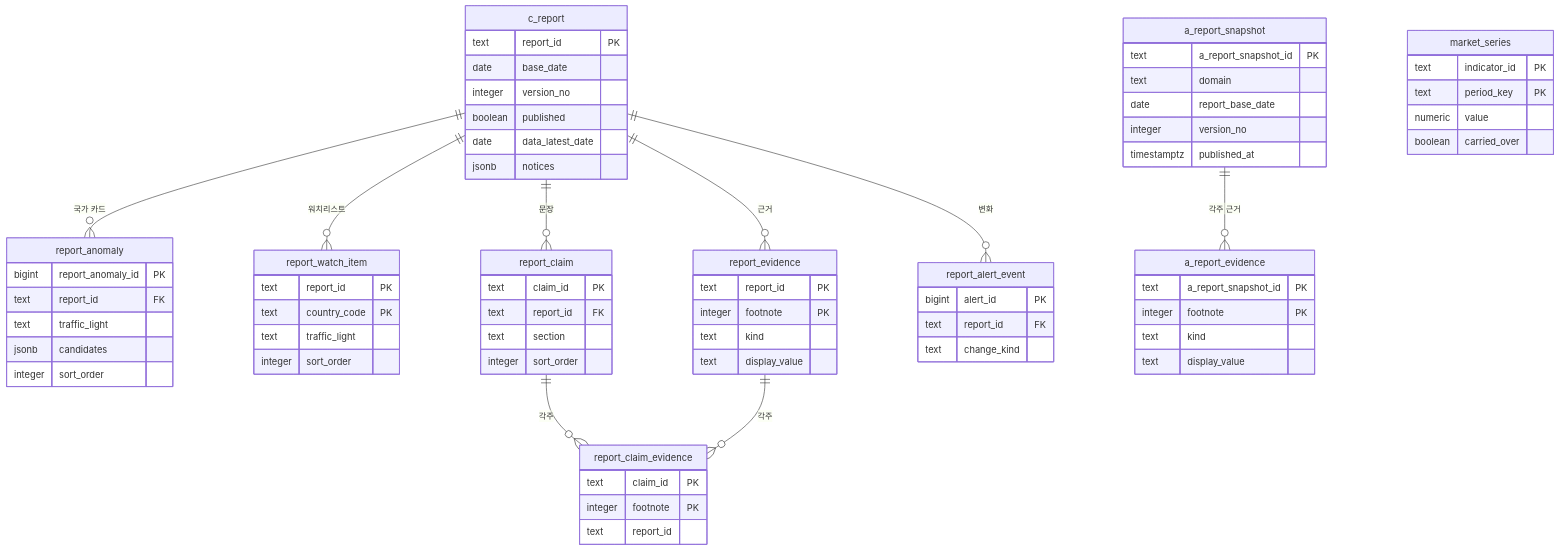
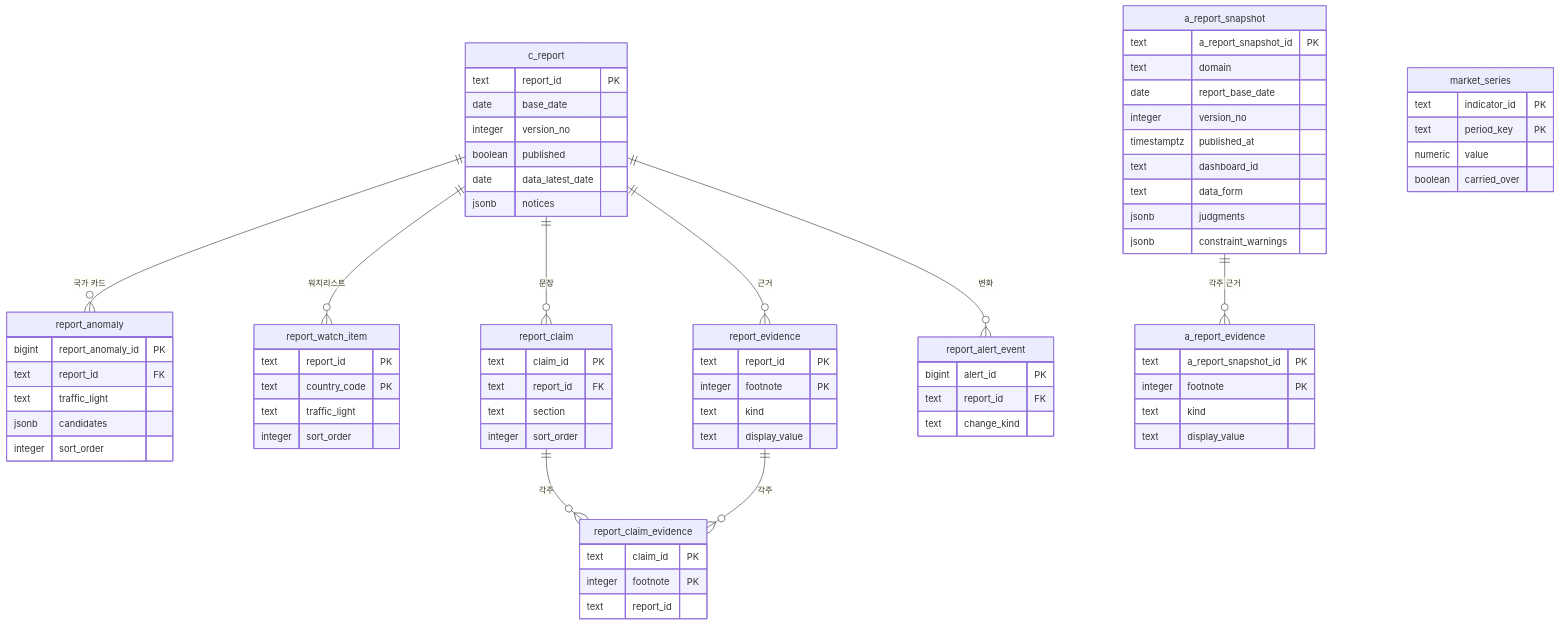
Before and after one commit to HoyoungParkme/tableau_platform: the sixth of 7 diagrams in docs/specs/06-DOM/TBL-DOM-003.md, drawn with Mermaid. The commit also changed other lines of this file, not shown here.

Commit message:
재검증 잔여 1·18·19 반영. a_report_snapshot에 dashboard_id·data_form·judgments·constraint_warnings 추가(DD 표와 pub ERD), c_report의 lastSuccessDate를 batchFailed 전용으로 정정, domain_status의 trafficLight를 level/label 값 이름으로 명시.

````diff
--- a/docs/specs/06-DOM/TBL-DOM-003.md
+++ b/docs/specs/06-DOM/TBL-DOM-003.md
@@ -349,73 +349,77 @@
 ```mermaid
 erDiagram
   c_report {
     text report_id PK
     date base_date
     integer version_no
     boolean published
     date data_latest_date
     jsonb notices
   }
   report_anomaly {
     bigint report_anomaly_id PK
     text report_id FK
     text traffic_light
     jsonb candidates
     integer sort_order
   }
   report_watch_item {
     text report_id PK
     text country_code PK
     text traffic_light
     integer sort_order
   }
   report_claim {
     text claim_id PK
     text report_id FK
     text section
     integer sort_order
   }
   report_evidence {
     text report_id PK
     integer footnote PK
     text kind
     text display_value
   }
   report_claim_evidence {
     text claim_id PK
     integer footnote PK
     text report_id
   }
   report_alert_event {
     bigint alert_id PK
     text report_id FK
     text change_kind
   }
   a_report_snapshot {
     text a_report_snapshot_id PK
     text domain
     date report_base_date
     integer version_no
     timestamptz published_at
+    text dashboard_id
+    text data_form
+    jsonb judgments
+    jsonb constraint_warnings
   }
   a_report_evidence {
     text a_report_snapshot_id PK
     integer footnote PK
     text kind
     text display_value
   }
   market_series {
     text indicator_id PK
     text period_key PK
     numeric value
     boolean carried_over
   }
   c_report ||--o{ report_anomaly : "국가 카드"
   c_report ||--o{ report_watch_item : "워치리스트"
   c_report ||--o{ report_claim : "문장"
   c_report ||--o{ report_evidence : "근거"
   c_report ||--o{ report_alert_event : "변화"
   report_claim ||--o{ report_claim_evidence : "각주"
   report_evidence ||--o{ report_claim_evidence : "각주"
   a_report_snapshot ||--o{ a_report_evidence : "각주 근거"
 ```
````
